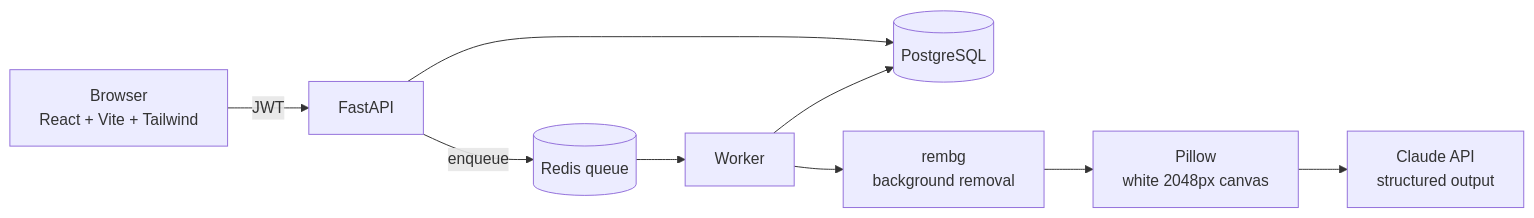
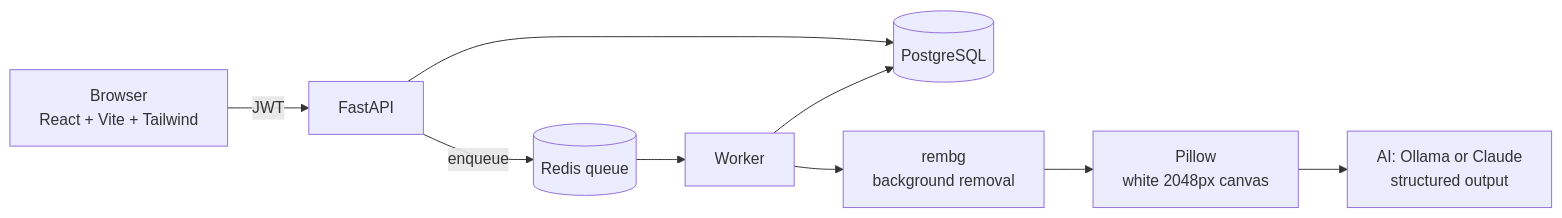
Before and after one commit to madBit10/catalog-assistant: the diagram in README.md, drawn with Mermaid. The commit also changed other lines of this file and 8 other files, not shown here.

Commit message:
Pluggable AI (Ollama + Claude): structured listings, tidy rules, 17 tests; AI observations

````diff
--- a/README.md
+++ b/README.md
@@ -39,11 +39,11 @@
 ```mermaid
 flowchart LR
     B[Browser<br/>React + Vite + Tailwind] -->|JWT| API[FastAPI]
     API --> DB[(PostgreSQL)]
     API -->|enqueue| Q[(Redis queue)]
     Q --> W[Worker]
     W --> R[rembg<br/>background removal]
     R --> P[Pillow<br/>white 2048px canvas]
-    P --> C[Claude API<br/>structured output]
+    P --> C[AI: Ollama or Claude<br/>structured output]
     W --> DB
 ```
````
